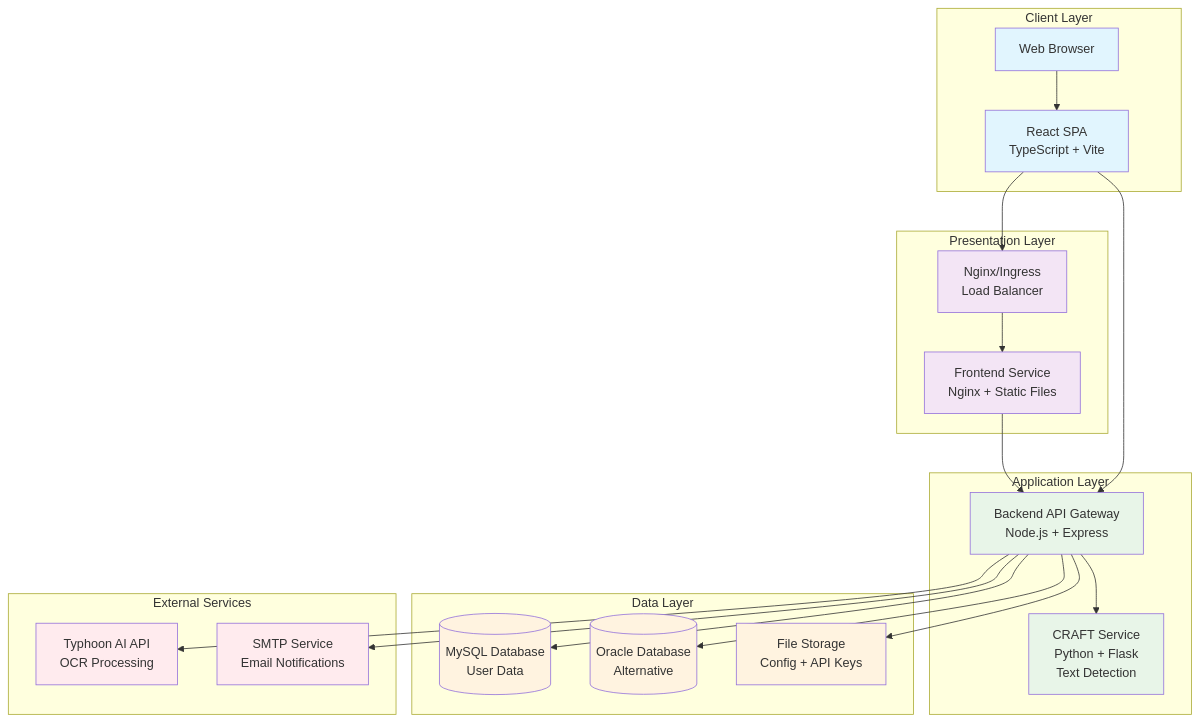
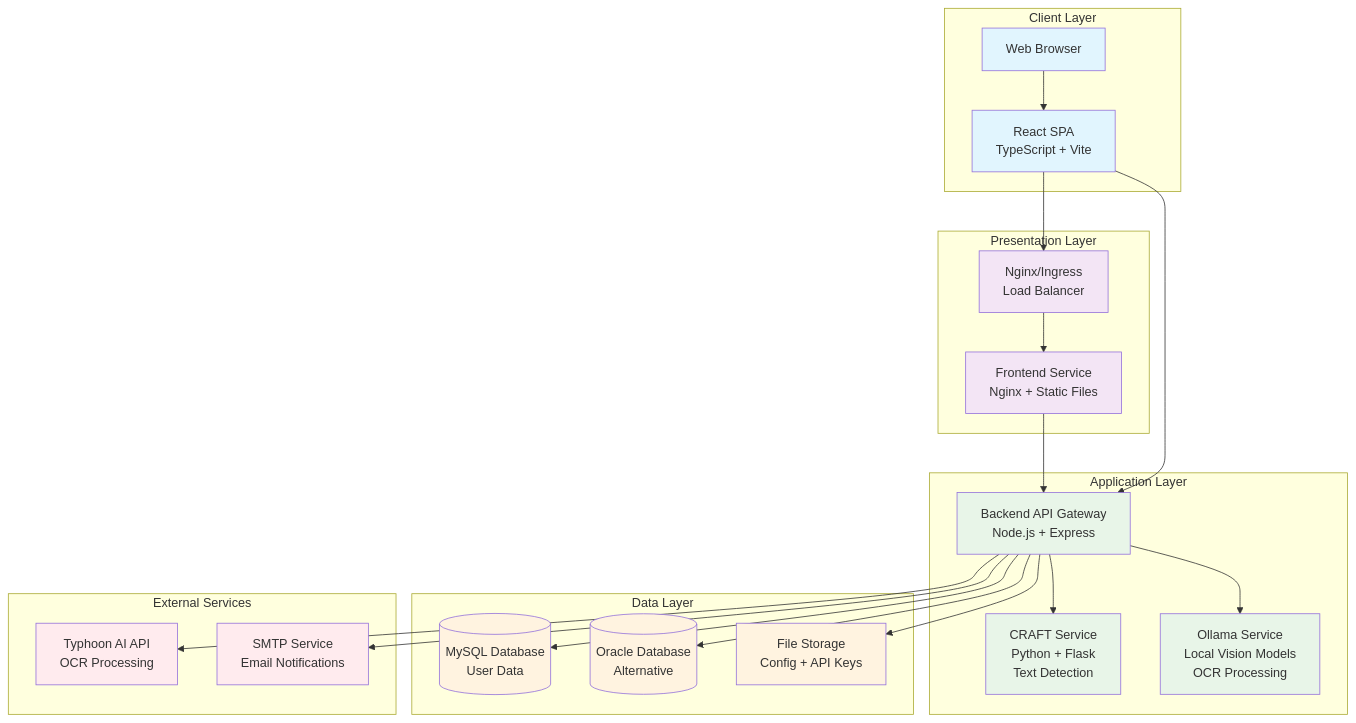
The diagram in technical-specification.md (HuakatiIT/ocr-splitview_main), drawn with Mermaid before and after one commit. The commit also changed other lines of this file and 7 other files, not shown here.

````diff
--- a/technical-specification.md
+++ b/technical-specification.md
@@ -65,52 +66,54 @@
 ```mermaid
 graph TB
     subgraph "Client Layer"
         Browser[Web Browser]
         React[React SPA<br/>TypeScript + Vite]
     end
 
     subgraph "Presentation Layer"
         Nginx[Nginx/Ingress<br/>Load Balancer]
         Frontend[Frontend Service<br/>Nginx + Static Files]
     end
 
     subgraph "Application Layer"
         Backend[Backend API Gateway<br/>Node.js + Express]
         Craft[CRAFT Service<br/>Python + Flask<br/>Text Detection]
+        Ollama[Ollama Service<br/>Local Vision Models<br/>OCR Processing]
     end
 
     subgraph "Data Layer"
         MySQL[(MySQL Database<br/>User Data)]
         Oracle[(Oracle Database<br/>Alternative)]
         Files[File Storage<br/>Config + API Keys]
     end
 
     subgraph "External Services"
         Typhoon[Typhoon AI API<br/>OCR Processing]
         SMTP[SMTP Service<br/>Email Notifications]
     end
 
     Browser --> React
     React --> Nginx
     Nginx --> Frontend
     React --> Backend
     Frontend --> Backend
     Backend --> Craft
+    Backend --> Ollama
     Backend --> MySQL
     Backend --> Oracle
     Backend --> Files
     Backend --> Typhoon
     Backend --> SMTP
 
     classDef client fill:#e1f5fe
     classDef presentation fill:#f3e5f5
     classDef application fill:#e8f5e8
     classDef data fill:#fff3e0
     classDef external fill:#ffebee
 
     class Browser,React client
     class Nginx,Frontend presentation
-    class Backend,Craft application
+    class Backend,Craft,Ollama application
     class MySQL,Oracle,Files data
     class Typhoon,SMTP external
 ```
````
